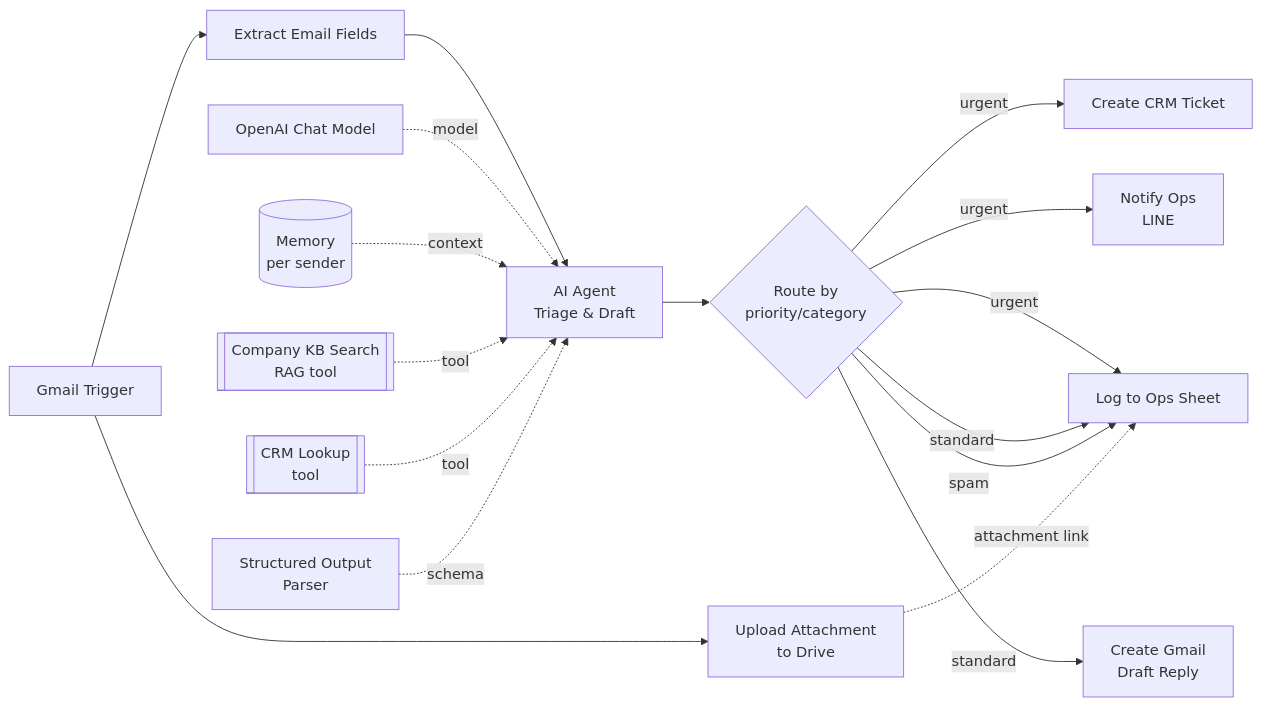
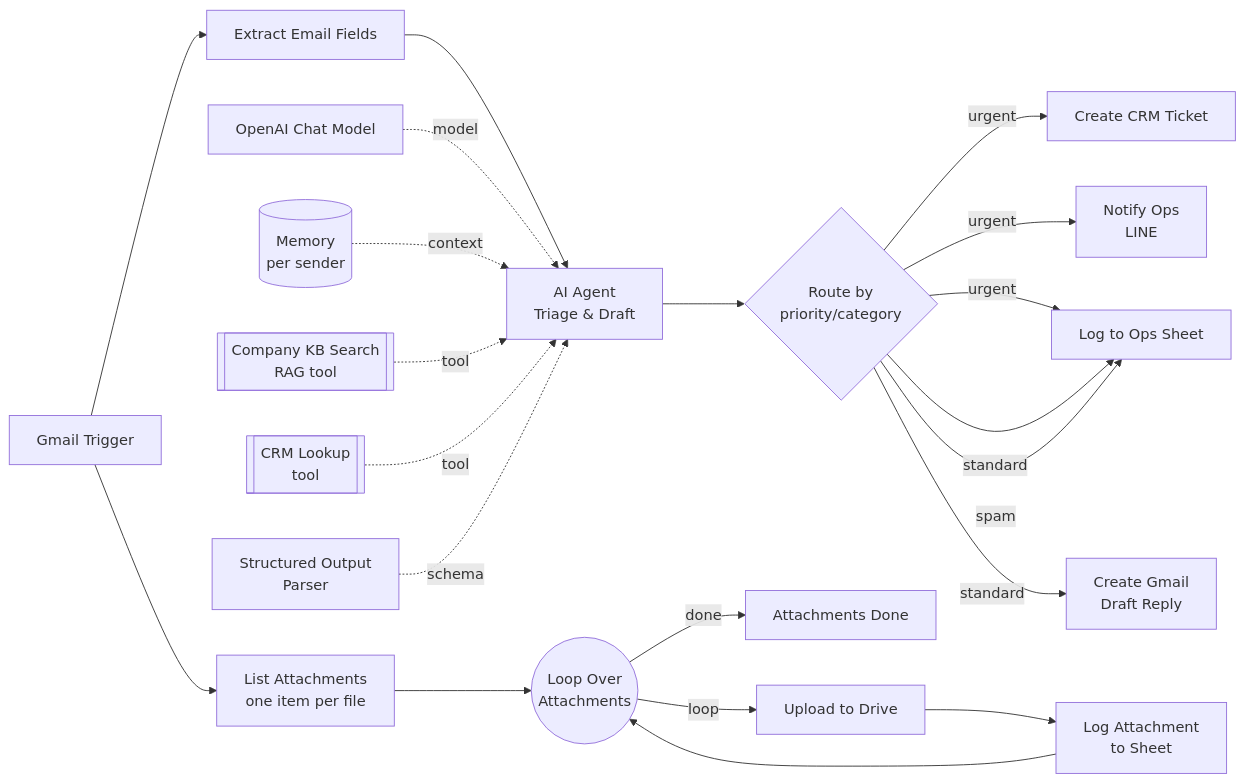
One commit to allocsys/n8n-agentic-ops changed the diagram in README.md. Above: the diagram before and after it, drawn with Mermaid. The commit also changed other lines of this file, not shown here.

Commit message:
Update README for the multi-attachment loop: new diagram, flow description, tech stack, requirements, and a note on why attachment links live in a separate sheet tab

````diff
--- a/README.md
+++ b/README.md
@@ -12,19 +12,23 @@
 ```mermaid
 flowchart LR
     A[Gmail Trigger] --> B[Extract Email Fields]
-    A --> I[Upload Attachment\nto Drive]
+    A --> I[List Attachments\none item per file]
+    I --> J((Loop Over\nAttachments))
+    J -- loop --> K[Upload to Drive]
+    K --> L[Log Attachment\nto Sheet]
+    L --> J
+    J -- done --> M[Attachments Done]
     B --> C[AI Agent\nTriage & Draft]
     LLM[OpenAI Chat Model] -.model.-> C
     MEM[(Memory\nper sender)] -.context.-> C
     RAG[[Company KB Search\nRAG tool]] -.tool.-> C
     CRM_T[[CRM Lookup\ntool]] -.tool.-> C
     OP[Structured Output\nParser] -.schema.-> C
     C --> D{Route by\npriority/category}
     D -- urgent --> E[Create CRM Ticket]
     D -- urgent --> F[Notify Ops\nLINE]
     D -- urgent --> G[Log to Ops Sheet]
     D -- standard --> H[Create Gmail\nDraft Reply]
     D -- standard --> G
     D -- spam --> G
-    I -.attachment link.-> G
 ```
````
